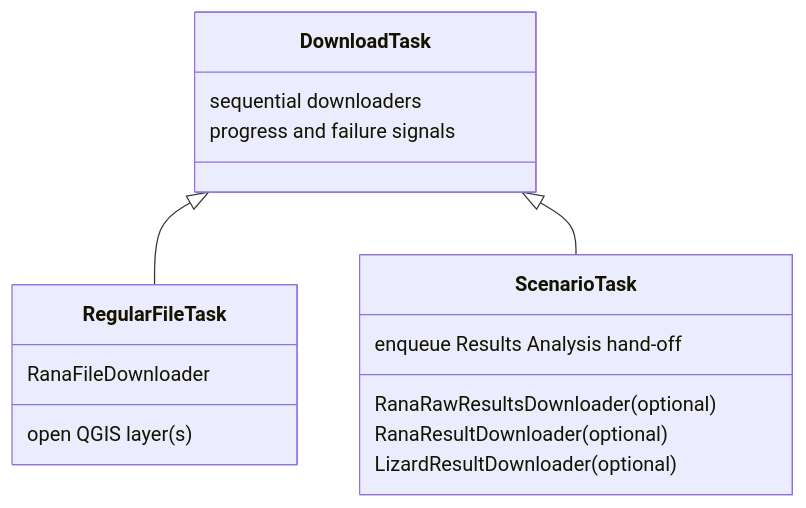
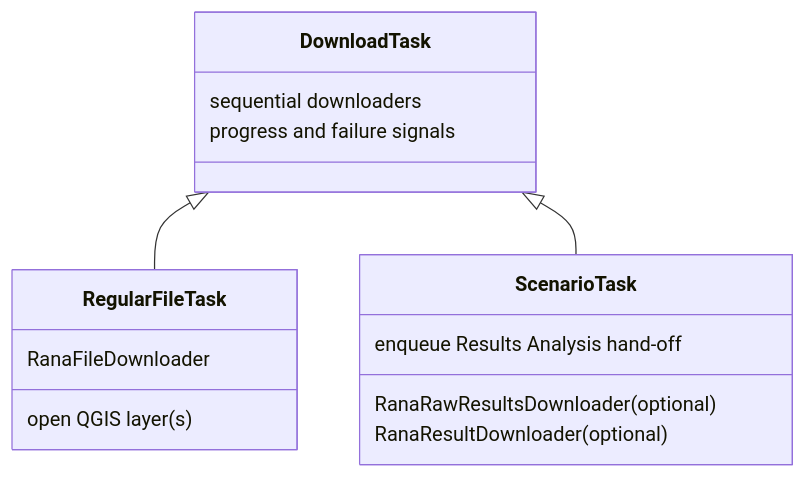
Before and after one commit to nens/rana-qgis-plugin: the fourth of 6 diagrams in doc/scenario_results.md, drawn with Mermaid. The commit also changed other lines of this file and 10 other files, not shown here.

Commit message:
Remove lizard results from result downlaoder

````diff
--- a/doc/scenario_results.md
+++ b/doc/scenario_results.md
@@ -126,19 +126,18 @@
 ```mermaid
 classDiagram
     class DownloadTask {
         sequential downloaders
         progress and failure signals
     }
     class RegularFileTask {
         RanaFileDownloader
         open QGIS layer(s)
     }
     class ScenarioTask {
         RanaRawResultsDownloader (optional)
         RanaResultDownloader (optional)
-        LizardResultDownloader (optional)
         enqueue Results Analysis hand-off
     }
     DownloadTask <|-- RegularFileTask
     DownloadTask <|-- ScenarioTask
 ```
````
